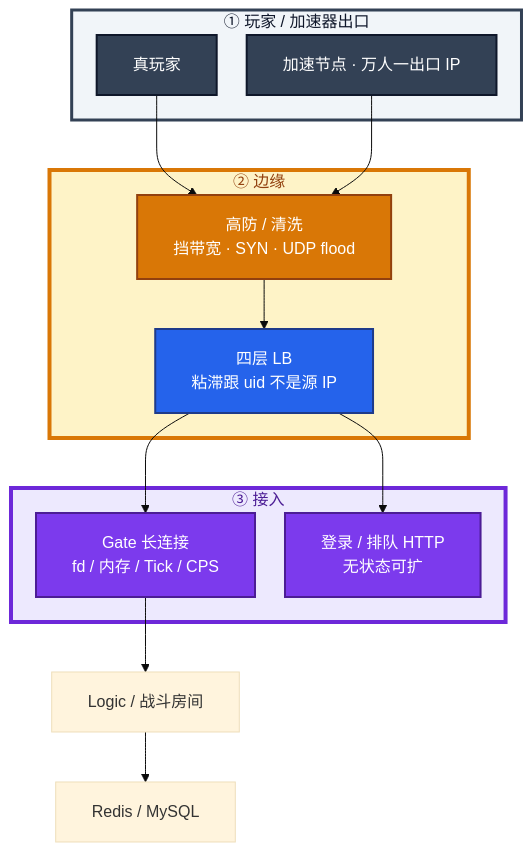
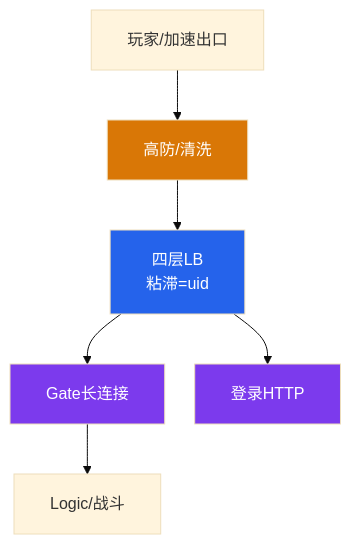
One commit to ml-cuizijun/LearnToLilith changed the second of 2 diagrams in 08-游戏运维专题/08-游戏网络与对抗/知识点.md. Above: the diagram before and after it, drawn with Mermaid. The commit also changed other lines of this file and 213 other files, not shown here.

````diff
--- a/08-游戏运维专题/08-游戏网络与对抗/知识点.md
+++ b/08-游戏运维专题/08-游戏网络与对抗/知识点.md
@@ -83,40 +58,13 @@
 ```mermaid
 %%{init: {"flowchart": {"padding": 18, "nodeSpacing": 30, "rankSpacing": 50}, "theme": "base"}}%%
 flowchart TB
-    subgraph players ["① 玩家 / 加速器出口"]
-        p[真玩家]
-        acc[加速节点 · 万人一出口 IP]
-    end
-
-    subgraph edge ["② 边缘"]
-        waf["高防 / 清洗<br/>挡带宽 · SYN · UDP flood"]
-        lb["四层 LB<br/>粘滞跟 uid 不是源 IP"]
-        waf --> lb
-    end
-
-    subgraph apps ["③ 接入"]
-        gate["Gate 长连接<br/>fd / 内存 / Tick / CPS"]
-        login["登录 / 排队 HTTP<br/>无状态可扩"]
-        lb --> gate
-        lb --> login
-    end
-
-    gate --> logic[Logic / 战斗房间]
-    logic --> store[Redis / MySQL]
-
-    p --> waf
-    acc --> waf
-
-    classDef waf fill:#D97706,stroke:#92400E,stroke-width:2px,color:#fff
-    classDef lbN fill:#2563EB,stroke:#1E3A8A,stroke-width:2px,color:#fff
-    classDef gateN fill:#7C3AED,stroke:#4C1D95,stroke-width:2px,color:#fff
-    classDef client fill:#334155,stroke:#0F172A,stroke-width:2px,color:#fff
-    class waf waf
-    class lb lbN
-    class gate,login gateN
-    class p,acc client
-
-    style players fill:#F1F5F9,stroke:#334155,stroke-width:3px,color:#0F172A
-    style edge fill:#FEF3C7,stroke:#D97706,stroke-width:4px,color:#92400E
-    style apps fill:#EDE9FE,stroke:#6D28D9,stroke-width:4px,color:#4C1D95
+    p[玩家/加速出口] --> waf[高防/清洗]
+    waf --> lb["四层LB<br/>粘滞=uid"]
+    lb --> gate[Gate长连接]
+    lb --> login[登录HTTP]
+    gate --> logic[Logic/战斗]
+    classDef waf fill:#D97706,color:#fff
+    classDef lbN fill:#2563EB,color:#fff
+    classDef gateN fill:#7C3AED,color:#fff
+    class waf waf; class lb lbN; class gate,login gateN
 ```
````
